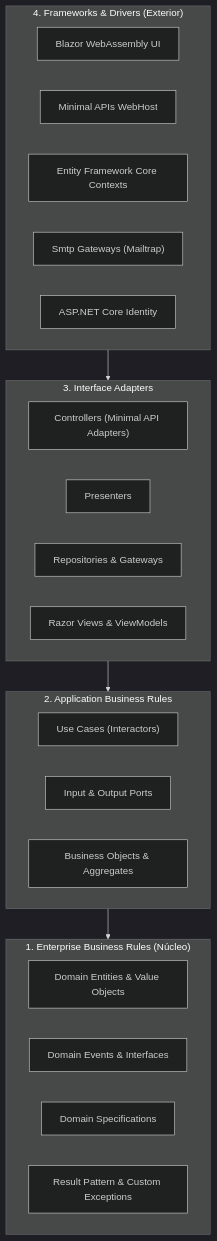
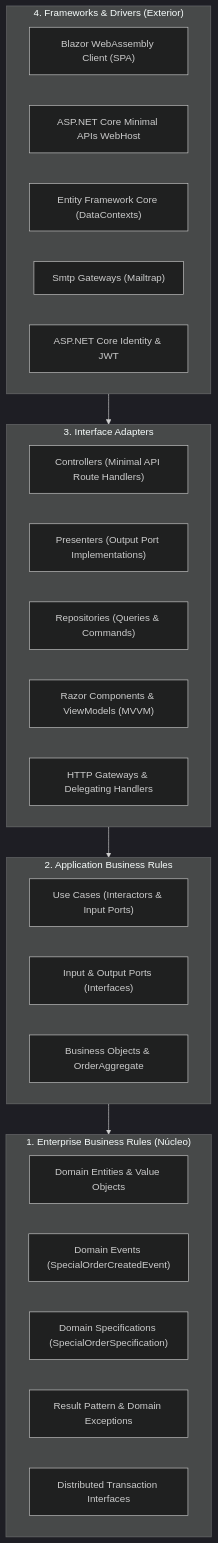
One commit to Isra1322/NorthWind-GUI-mejorada- changed the first of 3 diagrams in README.md. Above: the diagram before and after it, drawn with Mermaid (dark theme). The commit also changed other lines of this file, not shown here.

````diff
--- a/README.md
+++ b/README.md
@@ -46,34 +145,36 @@
 ```mermaid
 flowchart TD
     subgraph Layer4 ["4. Frameworks & Drivers (Exterior)"]
-        UI["Blazor WebAssembly UI"]
-        API["Minimal APIs WebHost"]
-        EF["Entity Framework Core Contexts"]
+        UI["Blazor WebAssembly Client (SPA)"]
+        API["ASP.NET Core Minimal APIs WebHost"]
+        EF["Entity Framework Core (DataContexts)"]
         SMTP["Smtp Gateways (Mailtrap)"]
-        ID["ASP.NET Core Identity"]
+        ID["ASP.NET Core Identity & JWT"]
     end
 
     subgraph Layer3 ["3. Interface Adapters"]
-        Controllers["Controllers (Minimal API Adapters)"]
-        Presenters["Presenters"]
-        Repos["Repositories & Gateways"]
-        Views["Razor Views & ViewModels"]
+        Controllers["Controllers (Minimal API Route Handlers)"]
+        Presenters["Presenters (Output Port Implementations)"]
+        Repos["Repositories (Queries & Commands)"]
+        Views["Razor Components & ViewModels (MVVM)"]
+        Gateways["HTTP Gateways & Delegating Handlers"]
     end
 
     subgraph Layer2 ["2. Application Business Rules"]
-        UseCases["Use Cases (Interactors)"]
-        InputOutputPorts["Input & Output Ports"]
-        Aggregates["Business Objects & Aggregates"]
+        UseCases["Use Cases (Interactors & Input Ports)"]
+        Ports["Input & Output Ports (Interfaces)"]
+        Aggregates["Business Objects & OrderAggregate"]
     end
 
     subgraph Layer1 ["1. Enterprise Business Rules (Núcleo)"]
         Entities["Domain Entities & Value Objects"]
-        Events["Domain Events & Interfaces"]
-        Specifications["Domain Specifications"]
-        Results["Result Pattern & Custom Exceptions"]
+        Events["Domain Events (SpecialOrderCreatedEvent)"]
+        Specs["Domain Specifications (SpecialOrderSpecification)"]
+        Results["Result Pattern & Domain Exceptions"]
+        Trans["Distributed Transaction Interfaces"]
     end
 
     Layer4 --> Layer3
     Layer3 --> Layer2
     Layer2 --> Layer1
 ```
````
